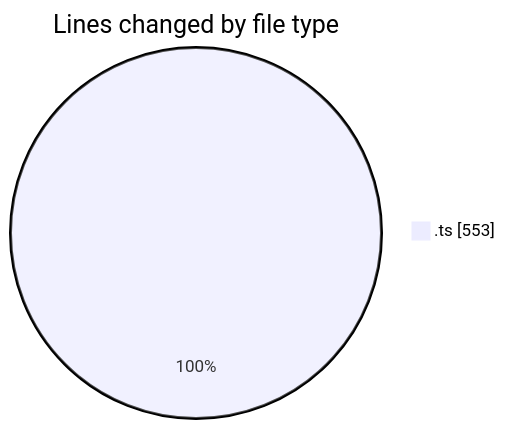
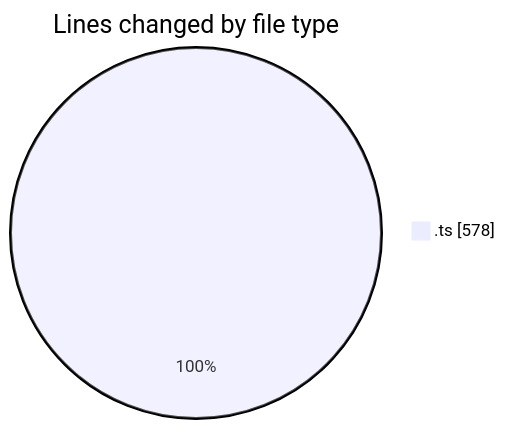
The first of 2 diagrams in 2025-06-24/cda/README.md (momahboobian/code-tracking), drawn with Mermaid before and after one commit. The commit also changed other lines of this file and 1 other file, not shown here.

````diff
--- a/2025-06-24/cda/README.md
+++ b/2025-06-24/cda/README.md
@@ -20,5 +20,5 @@
 ```mermaid
 pie showData
 title Lines changed by file type
-".ts" : 553
+".ts" : 578
 ```
````
